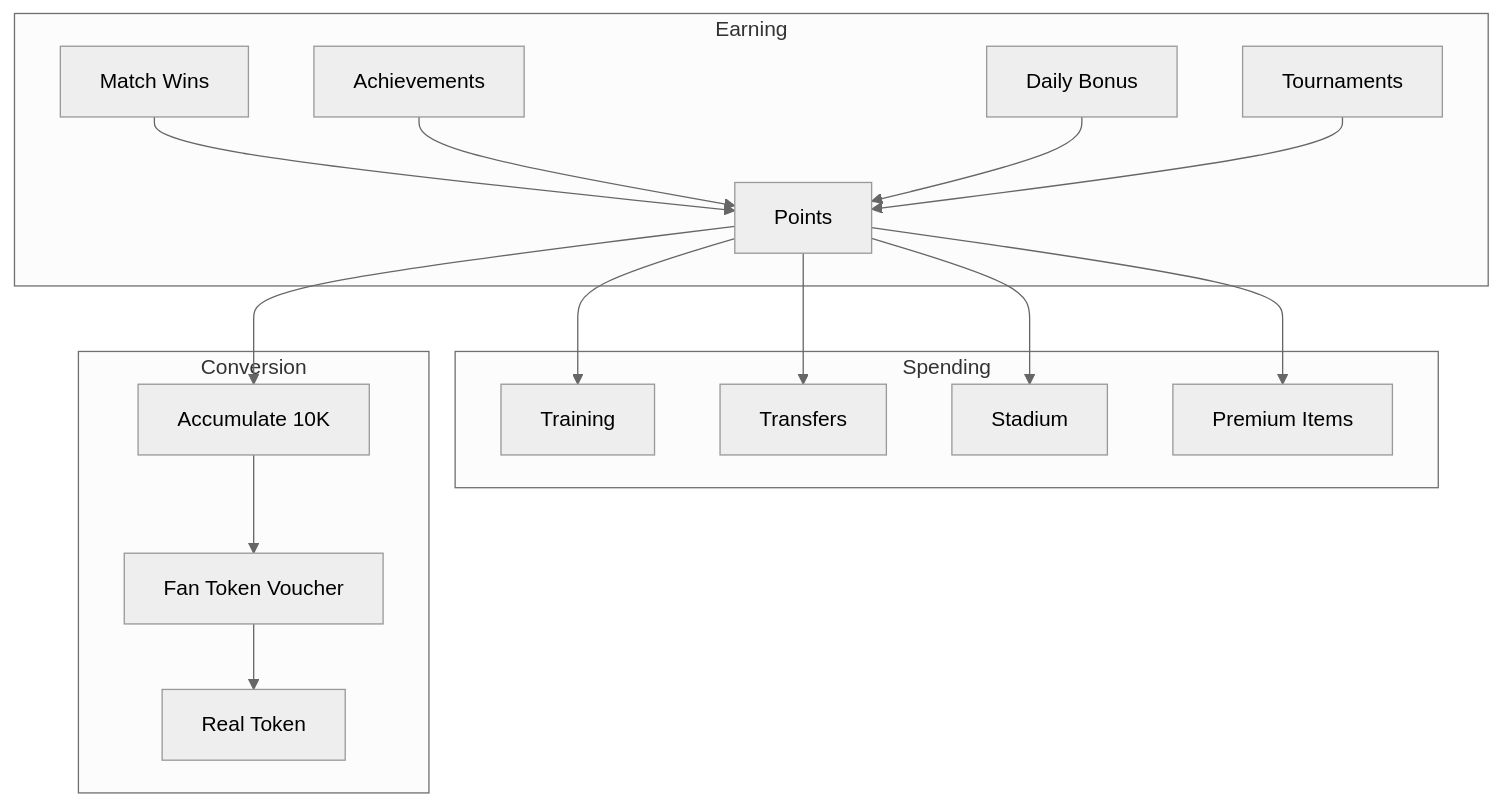
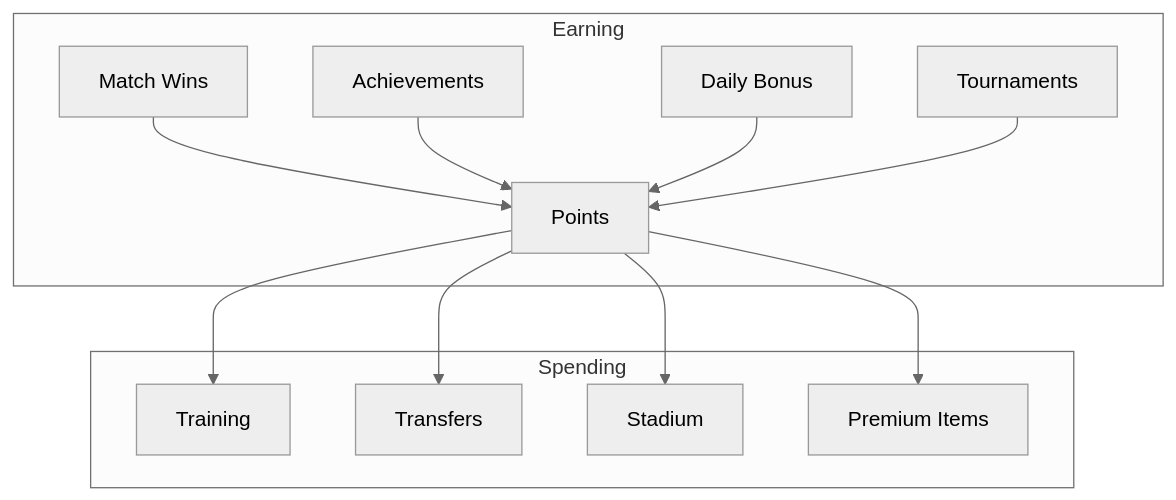
Before and after one commit to vbendas/FalaMestre: the fifth of 5 diagrams in Documentation/01-Game-Design/01-Gameplay-Loop.md, drawn with Mermaid (neutral theme). The commit also changed other lines of this file and 72 other files, not shown here.

````diff
--- a/Documentation/01-Game-Design/01-Gameplay-Loop.md
+++ b/Documentation/01-Game-Design/01-Gameplay-Loop.md
@@ -265,22 +265,16 @@
 ```mermaid
 flowchart TD
     subgraph Earning
         A[Match Wins] --> E[Points]
         B[Achievements] --> E
         C[Daily Bonus] --> E
         D[Tournaments] --> E
     end
     
     subgraph Spending
         E --> F[Training]
         E --> G[Transfers]
         E --> H[Stadium]
         E --> I[Premium Items]
     end
-    
-    subgraph Conversion
-        E --> J[Accumulate 10K]
-        J --> K[Fan Token Voucher]
-        K --> L[Real Token]
-    end
 ```
````
